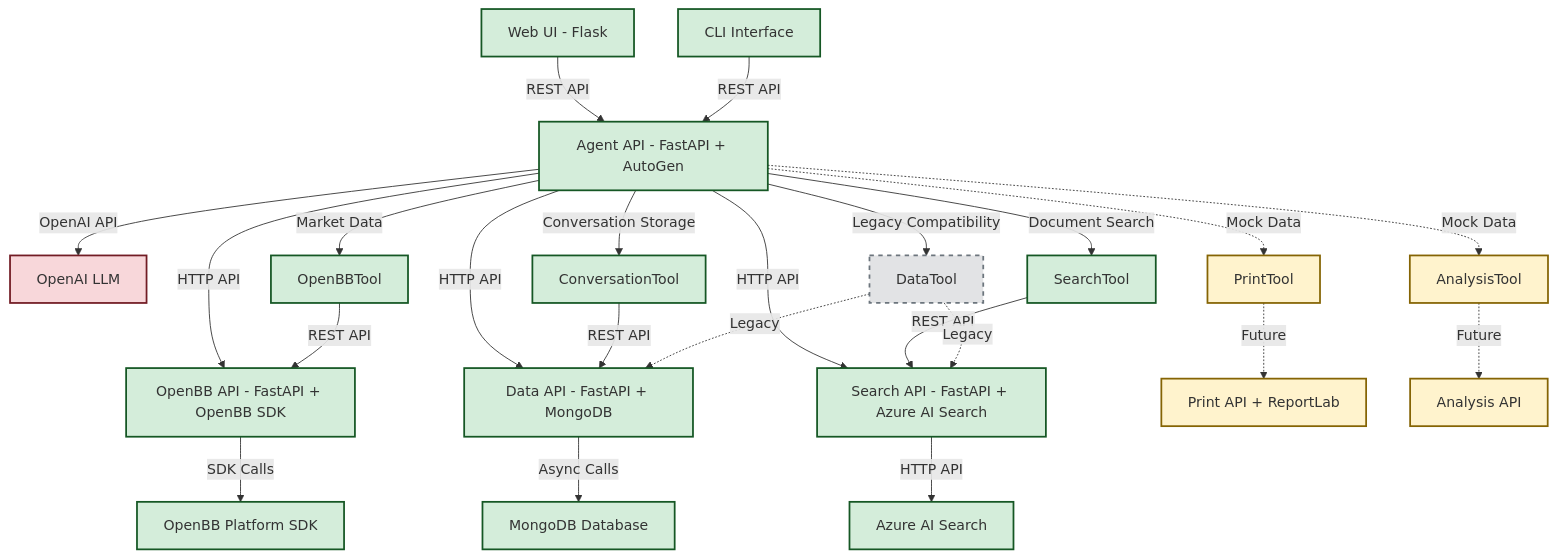
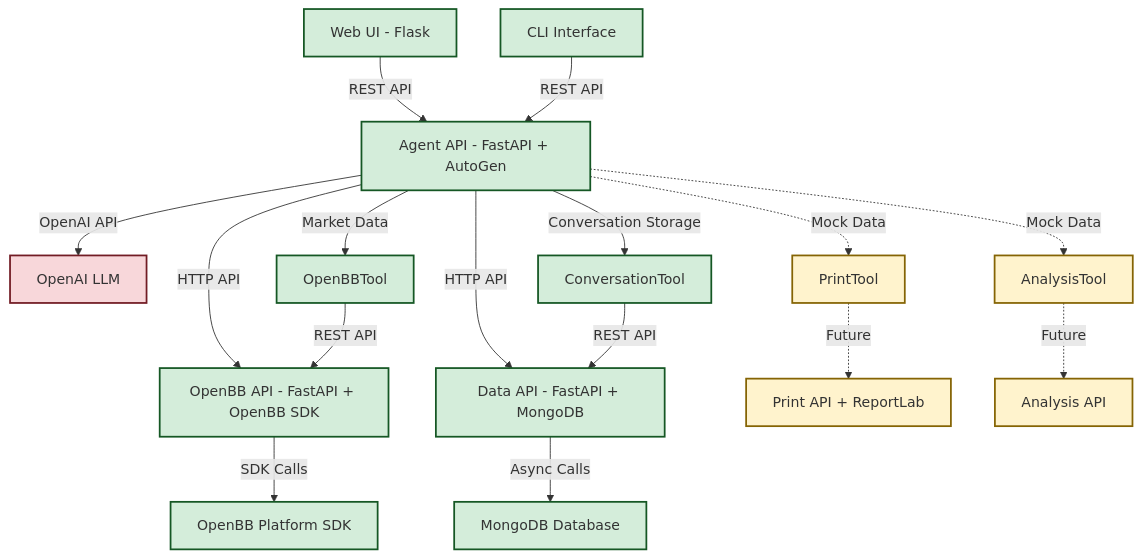
Before and after one commit to axler8r/InvestRCompose: the diagram in docs/architecture.md, drawn with Mermaid. The commit also changed other lines of this file, not shown here.

First line of the commit message:
doc: update architecture documentation after search removal

````diff
--- a/docs/architecture.md
+++ b/docs/architecture.md
@@ -159,51 +130,41 @@
 ```mermaid
 flowchart TD
     A[Web UI - Flask]
     B[Agent API - FastAPI + AutoGen]
     C[CLI Interface]
     O[OpenBB API - FastAPI + OpenBB SDK]
     D[Data API - FastAPI + MongoDB]
-    S[Search API - FastAPI + Azure AI Search]
 
     %% Current Implementation (Solid lines)
     A -->|REST API| B
     C -->|REST API| B
     B -->|OpenAI API| G[OpenAI LLM]
     B -->|HTTP API| O
     B -->|HTTP API| D
-    B -->|HTTP API| S
 
-    %% Agent Tools (New Architecture)
-    B -->|Document Search| T1[SearchTool]
+    %% Agent Tools (Simplified Architecture)
     B -->|Conversation Storage| T2[ConversationTool]
     B -->|Market Data| T3[OpenBBTool]
-    B -->|Legacy Compatibility| T4[DataTool]
     B -.->|Mock Data| T5[PrintTool]
     B -.->|Mock Data| T6[AnalysisTool]
 
     %% Service Integration (Solid lines)
-    T1 -->|REST API| S
     T2 -->|REST API| D
     T3 -->|REST API| O
-    T4 -.->|Legacy| D
-    T4 -.->|Legacy| S
     O -->|SDK Calls| OBB[OpenBB Platform SDK]
     D -->|Async Calls| MongoDB[MongoDB Database]
-    S -->|HTTP API| AzSearch[Azure AI Search]
 
     %% Future Services (Dotted lines)
     T5 -.->|Future| P[Print API + ReportLab]
     T6 -.->|Future| An[Analysis API]
 
     %% Styling
     classDef implemented fill:#d4edda,stroke:#155724,stroke-width:2px
     classDef planned fill:#fff3cd,stroke:#856404,stroke-width:2px
     classDef external fill:#f8d7da,stroke:#721c24,stroke-width:2px
-    classDef legacy fill:#e2e3e5,stroke:#6c757d,stroke-width:2px,stroke-dasharray: 5 5
 
-    class A,B,C,O,T1,T2,T3,D,S,OBB,MongoDB,AzSearch implemented
-    class T4 legacy
+    class A,B,C,O,T2,T3,D,OBB,MongoDB implemented
     class T5,T6 planned
     class P,An planned
     class G external
 ```
````
